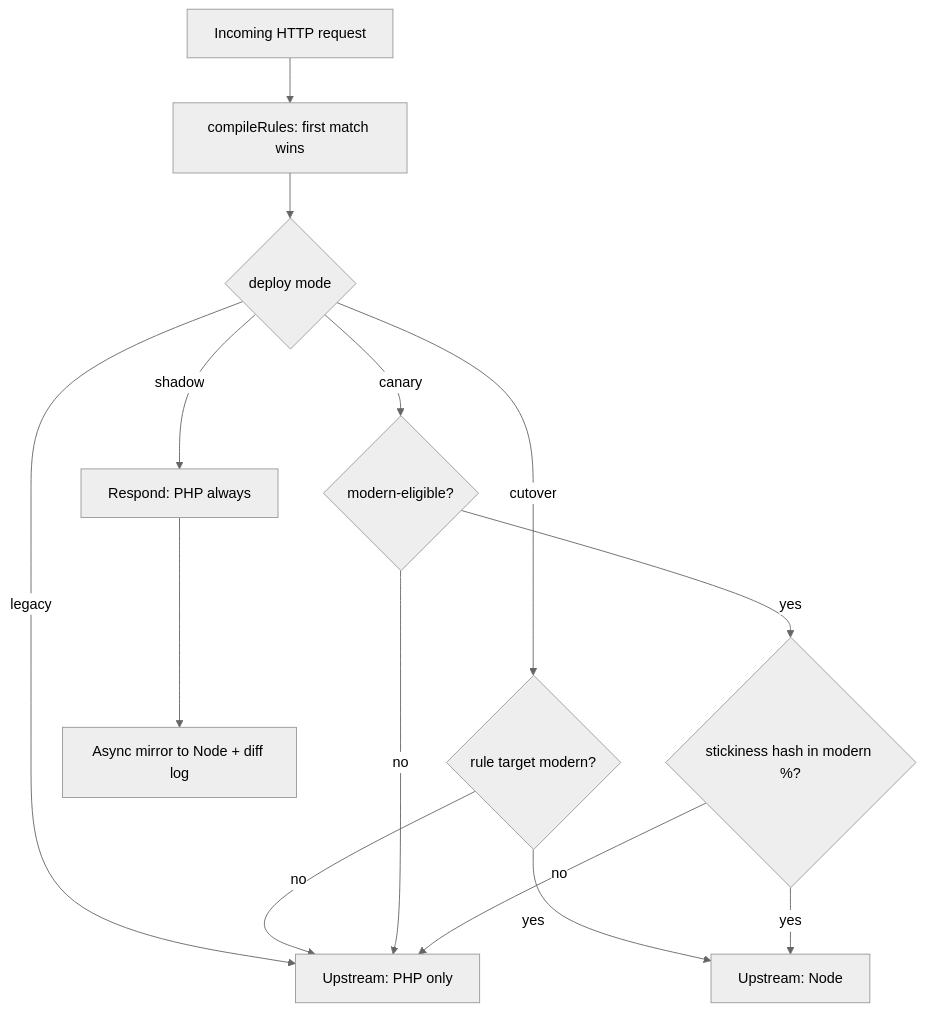
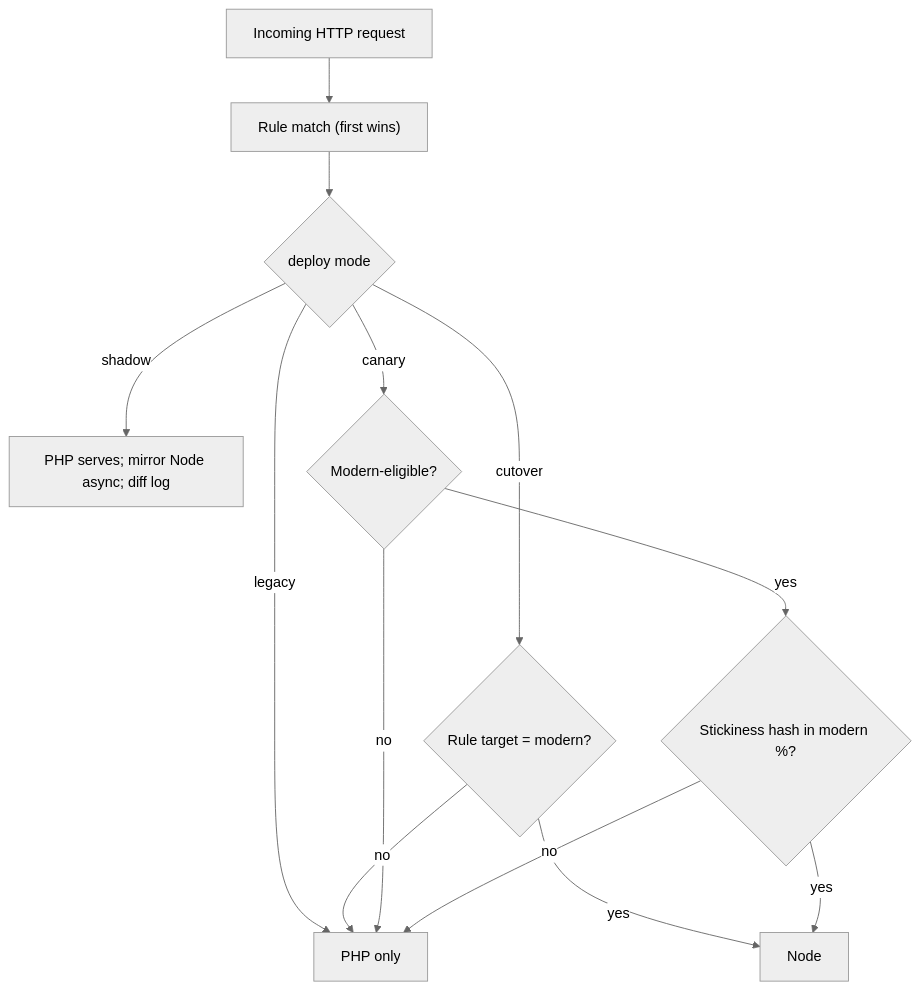
The third of 3 diagrams in agenticop-site/whitepaper.md (AgenticOp-io/chrysalis), drawn with Mermaid (neutral theme) before and after one commit. The commit also changed other lines of this file and 48 other files, not shown here.

````diff
--- a/agenticop-site/whitepaper.md
+++ b/agenticop-site/whitepaper.md
@@ -485,20 +381,16 @@
 ```mermaid
 flowchart TD
   REQ["Incoming HTTP request"]
-  REQ --> MATCH["compileRules: first match wins"]
+  REQ --> MATCH["Rule match (first wins)"]
   MATCH --> MODE{"deploy mode"}
-
-  MODE -->|legacy| L["Upstream: PHP only"]
-  MODE -->|cutover| C{"rule target modern?"}
-  C -->|yes| M["Upstream: Node"]
+  MODE -->|legacy| L["PHP only"]
+  MODE -->|cutover| C{"Rule target = modern?"}
+  C -->|yes| M["Node"]
   C -->|no| L
-
-  MODE -->|shadow| SL["Respond: PHP always"]
-  SL --> MIR["Async mirror to Node + diff log"]
-
-  MODE -->|canary| CAN{"modern-eligible?"}
+  MODE -->|shadow| SL["PHP serves; mirror Node async; diff log"]
+  MODE -->|canary| CAN{"Modern-eligible?"}
   CAN -->|no| L
-  CAN -->|yes| BUCKET{"stickiness hash in modern %?"}
+  CAN -->|yes| BUCKET{"Stickiness hash in modern %?"}
   BUCKET -->|yes| M
   BUCKET -->|no| L
 ```
````
